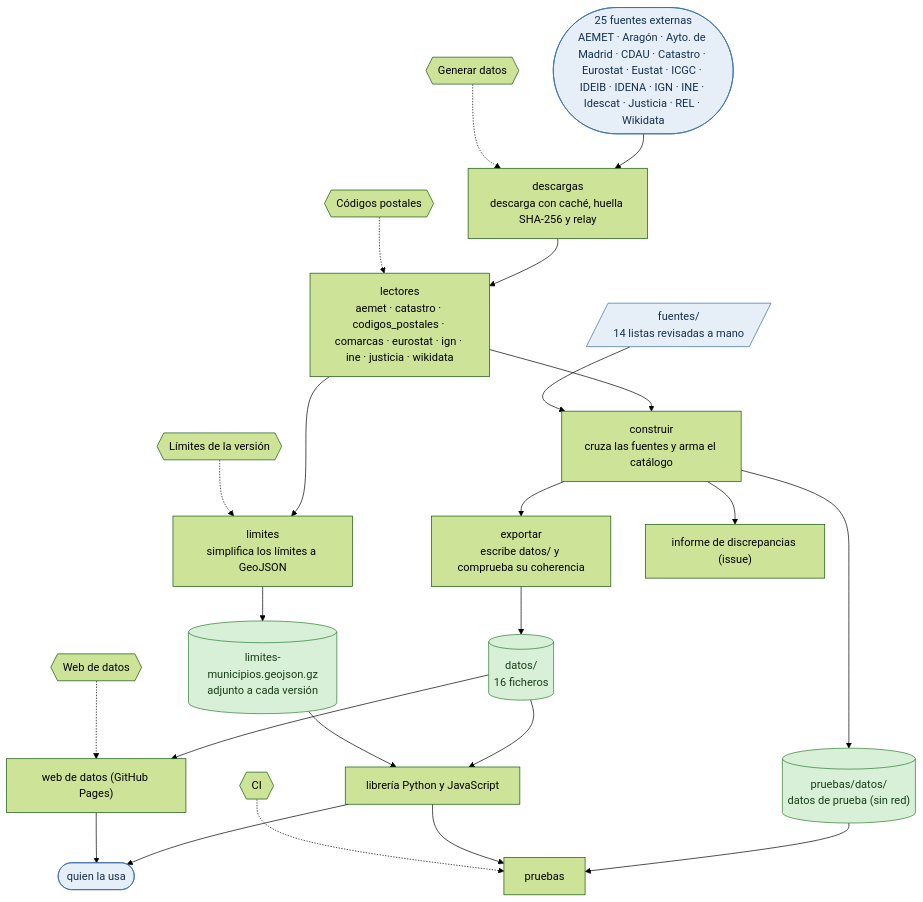
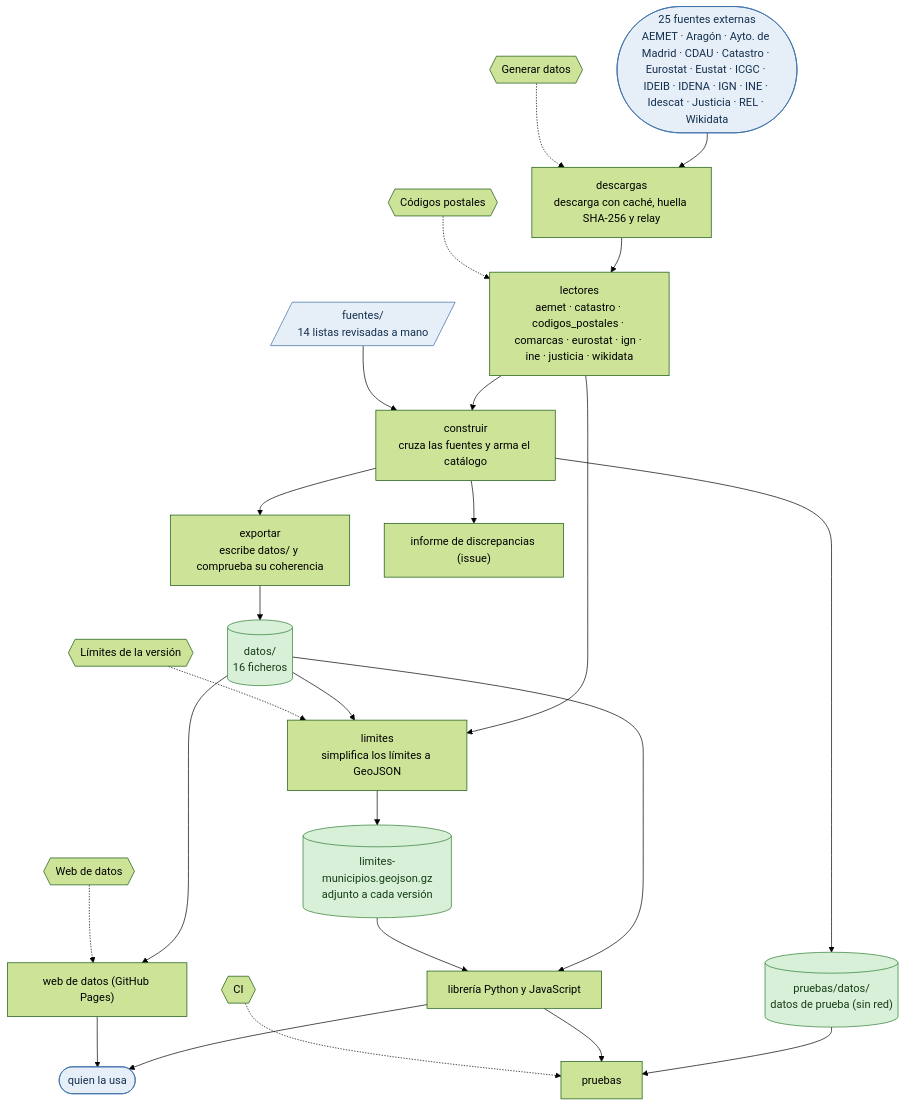
Before and after one commit to alertapublica/territorios-es: the fourth of 6 diagrams in docs/estado.md, drawn with Mermaid (forest theme). The commit also changed other lines of this file and 6 other files, not shown here.

````diff
--- a/docs/estado.md
+++ b/docs/estado.md
@@ -189,45 +191,46 @@
 ```mermaid
 flowchart TB
   accTitle: Repositorio
   ext(["25 fuentes externas<br>AEMET · Aragón · Ayto. de Madrid · CDAU · Catastro · Eurostat · Eustat · ICGC · IDEIB · IDENA · IGN · INE · Idescat · Justicia · REL · Wikidata"])
   hand[/"fuentes/<br>14 listas revisadas a mano"/]
   descargas["descargas<br>descarga con caché, huella SHA-256 y relay"]
   readers["lectores<br>aemet · catastro · codigos_postales · comarcas · eurostat · ign · ine · justicia · wikidata"]
   construir["construir<br>cruza las fuentes y arma el catálogo"]
   exportar["exportar<br>escribe datos/ y comprueba su coherencia"]
   limites["limites<br>simplifica los límites a GeoJSON"]
   datos[("datos/<br>16 ficheros")]
   geo[("limites-municipios.geojson.gz<br>adjunto a cada versión")]
   report["informe de discrepancias (issue)"]
   lib["librería Python y JavaScript"]
   web["web de datos (GitHub Pages)"]
   users(["quien la usa"])
   fixture[("pruebas/datos/<br>datos de prueba (sin red)")]
   tests["pruebas"]
   ext --> descargas --> readers --> construir --> exportar --> datos
   hand --> construir
   readers --> limites --> geo
+  datos --> limites
   construir --> report
   datos --> lib
   geo --> lib
   datos --> web
   lib --> users
   web --> users
   construir --> fixture --> tests
   lib --> tests
   wf_ci_yml{{"CI"}}
   wf_generar_yml{{"Generar datos"}}
   wf_codigos_postales_yml{{"Códigos postales"}}
   wf_limites_yml{{"Límites de la versión"}}
   wf_pages_yml{{"Web de datos"}}
   wf_generar_yml -.-> descargas
   wf_codigos_postales_yml -.-> readers
   wf_limites_yml -.-> limites
   wf_pages_yml -.-> web
   wf_ci_yml -.-> tests
   class datos,geo,fixture done
   class ext,hand,users box
   classDef done fill:#d8f0d8,stroke:#2e7d32,color:#173d17
   classDef todo fill:#fdecc8,stroke:#b26a00,color:#4a2c00,stroke-dasharray:4 3
   classDef box fill:#e6eef8,stroke:#3b6ea8,color:#14304f
 ```
````
